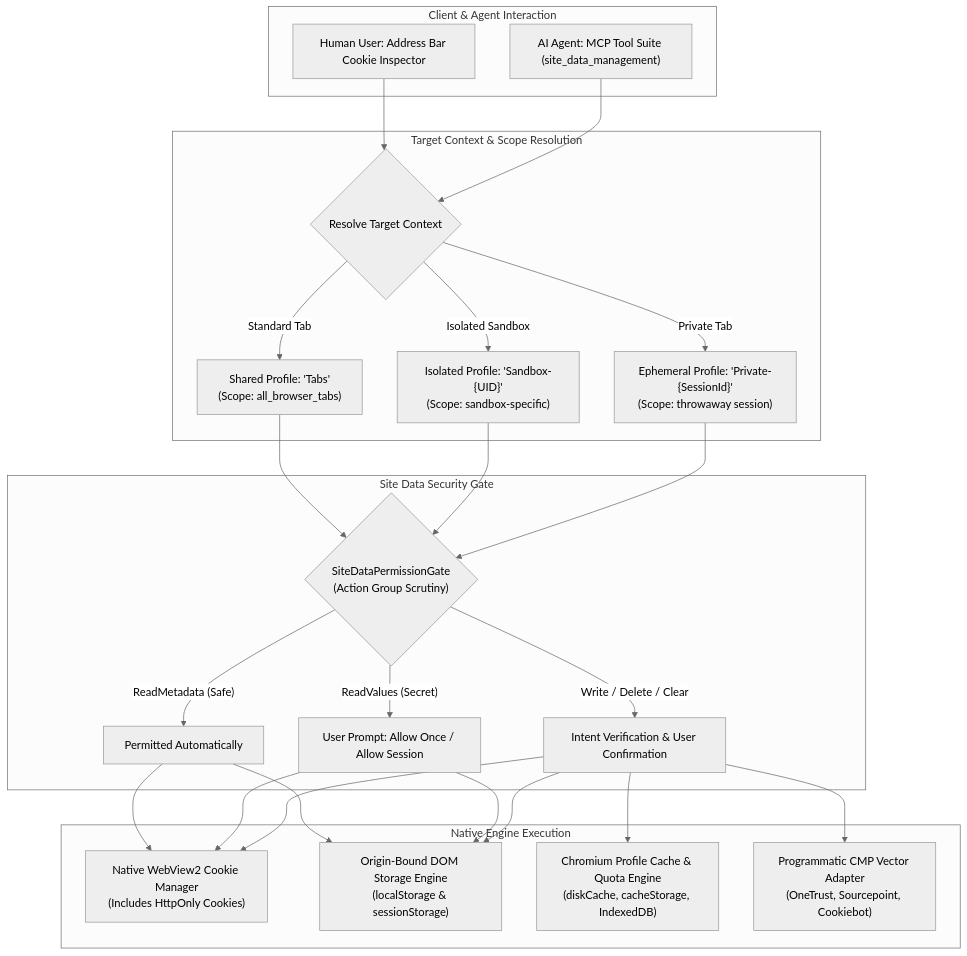
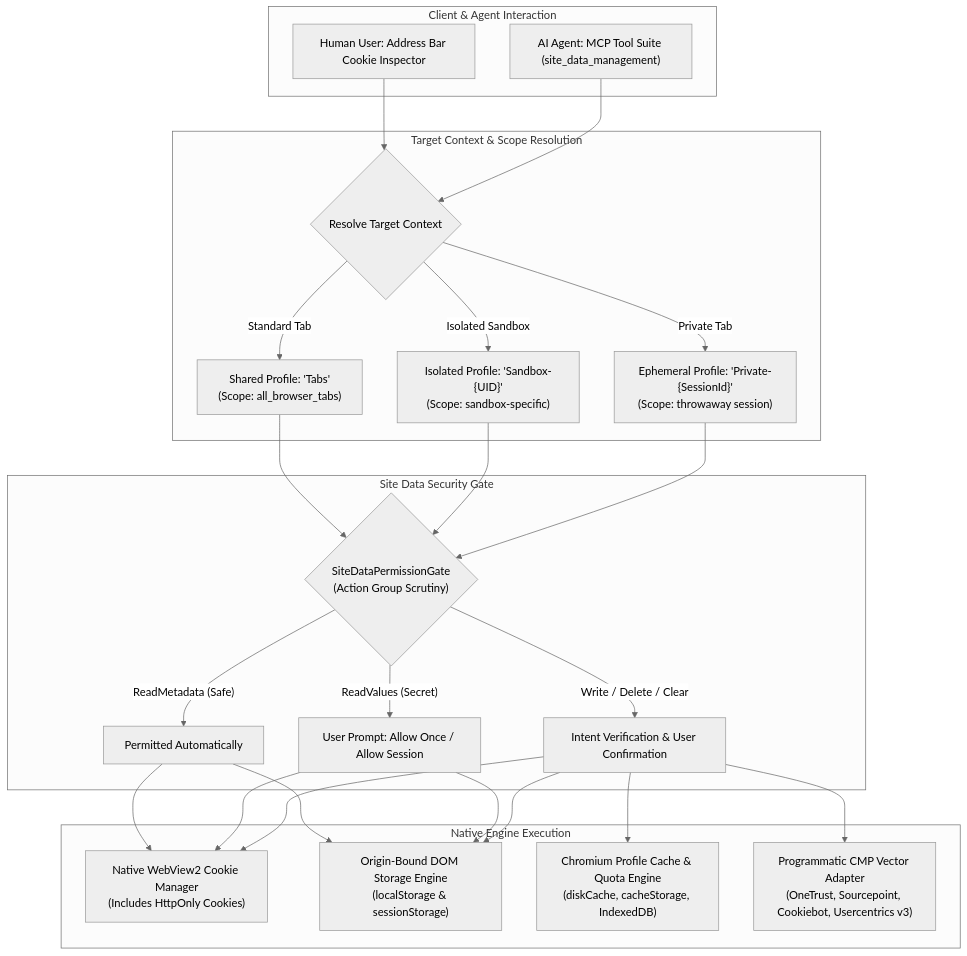
The diagram in docs/core-features/site-data-management/README.md (joelaniol/nova), drawn with Mermaid (neutral theme) before and after one commit. The commit also changed 58 other files, not shown here.

Commit message:
Docs: GraphQL and WebSocket decoding in network_read, data stores in inspect_component, agent identification, session recording of child targets, SFTP checksums; alpha.21 changelog (upcoming)

````diff
--- a/docs/core-features/site-data-management/README.md
+++ b/docs/core-features/site-data-management/README.md
@@ -13,44 +13,44 @@
 ```mermaid
 flowchart TD
     subgraph ClientInteraction ["Client & Agent Interaction"]
         UserUI["Human User: Address Bar Cookie Inspector"]
         AgentMCP["AI Agent: MCP Tool Suite (site_data_management)"]
     end
 
     subgraph ScopeResolution ["Target Context & Scope Resolution"]
         TargetResolve{"Resolve Target Context"}
         TargetResolve -->|"Standard Tab"| TabsProfile["Shared Profile: 'Tabs'<br/>(Scope: all_browser_tabs)"]
         TargetResolve -->|"Isolated Sandbox"| SandboxProfile["Isolated Profile: 'Sandbox-{UID}'<br/>(Scope: sandbox-specific)"]
         TargetResolve -->|"Private Tab"| PrivateProfile["Ephemeral Profile: 'Private-{SessionId}'<br/>(Scope: throwaway session)"]
     end
 
     subgraph SecurityGate ["Site Data Security Gate"]
         PermGate{"SiteDataPermissionGate<br/>(Action Group Scrutiny)"}
         PermGate -->|"ReadMetadata (Safe)"| AutoAllow["Permitted Automatically"]
         PermGate -->|"ReadValues (Secret)"| ValuePrompt["User Prompt: Allow Once / Allow Session"]
         PermGate -->|"Write / Delete / Clear"| MutationPrompt["Intent Verification & User Confirmation"]
     end
 
     subgraph EngineExecution ["Native Engine Execution"]
         WebViewCookie["Native WebView2 Cookie Manager<br/>(Includes HttpOnly Cookies)"]
         DomStorage["Origin-Bound DOM Storage Engine<br/>(localStorage & sessionStorage)"]
         DiskCache["Chromium Profile Cache & Quota Engine<br/>(diskCache, cacheStorage, IndexedDB)"]
-        CmpEngine["Programmatic CMP Vector Adapter<br/>(OneTrust, Sourcepoint, Cookiebot)"]
+        CmpEngine["Programmatic CMP Vector Adapter<br/>(OneTrust, Sourcepoint, Cookiebot, Usercentrics v3)"]
     end
 
     UserUI --> TargetResolve
     AgentMCP --> TargetResolve
 
     TabsProfile --> PermGate
     SandboxProfile --> PermGate
     PrivateProfile --> PermGate
 
     AutoAllow --> WebViewCookie
     AutoAllow --> DomStorage
     ValuePrompt --> WebViewCookie
     ValuePrompt --> DomStorage
     MutationPrompt --> WebViewCookie
     MutationPrompt --> DomStorage
     MutationPrompt --> DiskCache
     MutationPrompt --> CmpEngine
 ```
````
